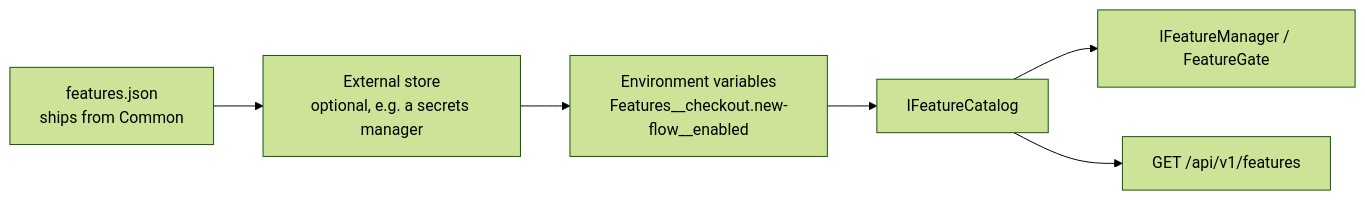
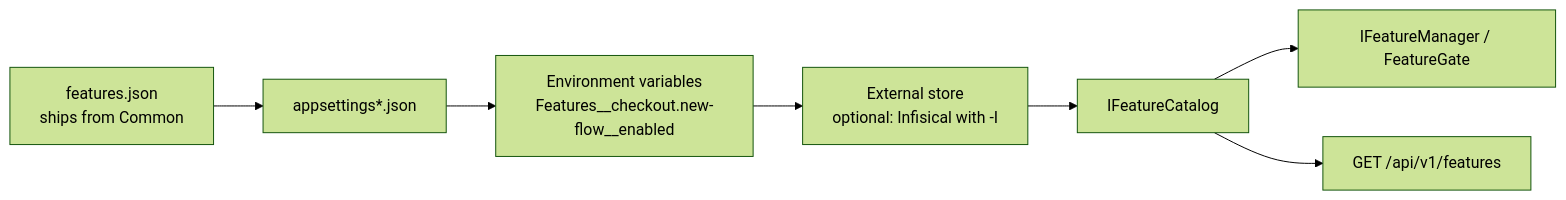
One commit to Vovanda/DotNetSolutionKit changed the diagram in docs/features/feature-flags.md. Above: the diagram before and after it, drawn with Mermaid (forest theme). The commit also changed other lines of this file and 19 other files, not shown here.

````diff
--- a/docs/features/feature-flags.md
+++ b/docs/features/feature-flags.md
@@ -65,8 +68,9 @@
 ```mermaid
 flowchart LR
-    F["features.json<br/>ships from Common"] --> S["External store<br/>optional, e.g. a secrets manager"]
-    S --> E["Environment variables<br/>Features__checkout.new-flow__enabled"]
-    E --> C["IFeatureCatalog"]
+    F["features.json<br/>ships from Common"] --> A["appsettings*.json"]
+    A --> E["Environment variables<br/>Features__checkout.new-flow__enabled"]
+    E --> S["External store<br/>optional: Infisical with -I"]
+    S --> C["IFeatureCatalog"]
     C --> M["IFeatureManager / FeatureGate"]
     C --> H["GET /api/v1/features"]
 ```
````
